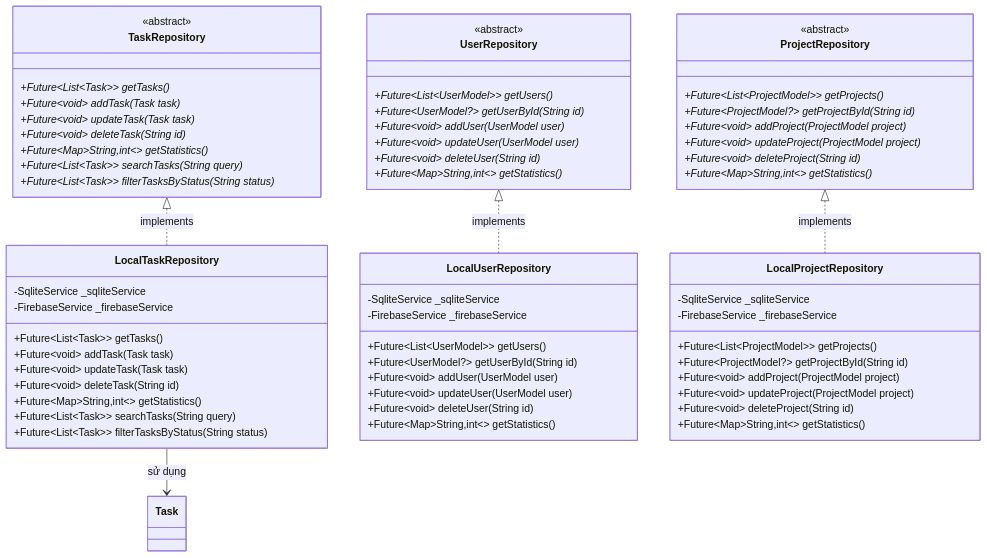
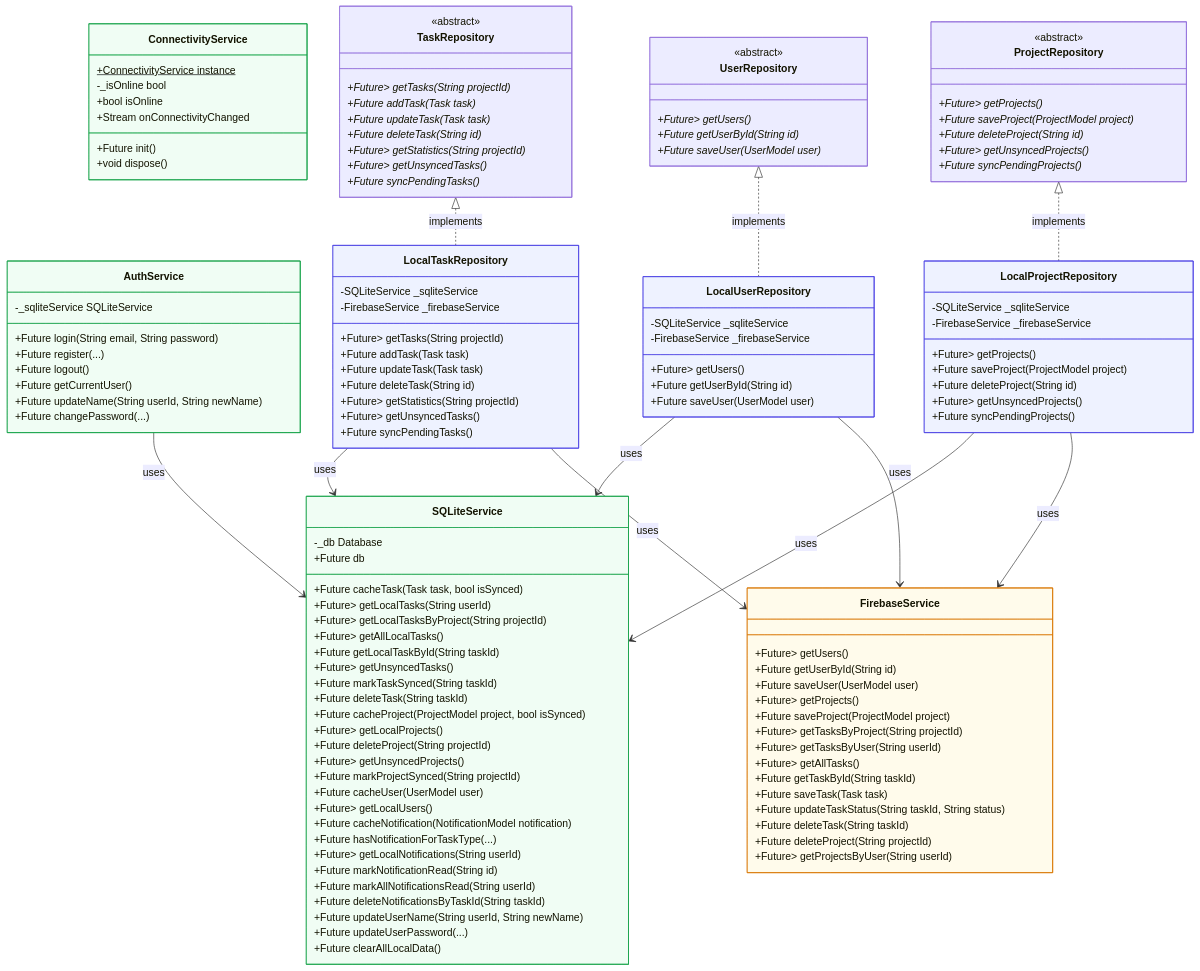
One commit to ttt-huong/TaskFlow_Huong_Thuong_Cuong_N03_1_2026 changed the third of 24 diagrams in docs/uml_va_luong_hoat_dong.md. Above: the diagram before and after it, drawn with Mermaid. The commit also changed other lines of this file and 3 other files, not shown here.

Commit message:
docs: redesign UML diagrams and add final course reports

````diff
--- a/docs/uml_va_luong_hoat_dong.md
+++ b/docs/uml_va_luong_hoat_dong.md
@@ -84,74 +119,144 @@
 ```mermaid
 classDiagram
+    class SQLiteService {
+        -_db Database
+        +Future<Database> db
+        +Future<void> cacheTask(Task task, bool isSynced)
+        +Future<List<Task>> getLocalTasks(String userId)
+        +Future<List<Task>> getLocalTasksByProject(String projectId)
+        +Future<List<Task>> getAllLocalTasks()
+        +Future<Task?> getLocalTaskById(String taskId)
+        +Future<List<Task>> getUnsyncedTasks()
+        +Future<void> markTaskSynced(String taskId)
+        +Future<void> deleteTask(String taskId)
+        +Future<void> cacheProject(ProjectModel project, bool isSynced)
+        +Future<List<ProjectModel>> getLocalProjects()
+        +Future<void> deleteProject(String projectId)
+        +Future<List<ProjectModel>> getUnsyncedProjects()
+        +Future<void> markProjectSynced(String projectId)
+        +Future<void> cacheUser(UserModel user)
+        +Future<List<UserModel>> getLocalUsers()
+        +Future<void> cacheNotification(NotificationModel notification)
+        +Future<bool> hasNotificationForTaskType(...)
+        +Future<List<NotificationModel>> getLocalNotifications(String userId)
+        +Future<void> markNotificationRead(String id)
+        +Future<void> markAllNotificationsRead(String userId)
+        +Future<void> deleteNotificationsByTaskId(String taskId)
+        +Future<void> updateUserName(String userId, String newName)
+        +Future<void> updateUserPassword(...)
+        +Future<void> clearAllLocalData()
+    }
+
+    class FirebaseService {
+        +Future<List<UserModel>> getUsers()
+        +Future<UserModel?> getUserById(String id)
+        +Future<void> saveUser(UserModel user)
+        +Future<List<ProjectModel>> getProjects()
+        +Future<void> saveProject(ProjectModel project)
+        +Future<List<Task>> getTasksByProject(String projectId)
+        +Future<List<Task>> getTasksByUser(String userId)
+        +Future<List<Task>> getAllTasks()
+        +Future<Task?> getTaskById(String taskId)
+        +Future<void> saveTask(Task task)
+        +Future<void> updateTaskStatus(String taskId, String status)
+        +Future<void> deleteTask(String taskId)
+        +Future<void> deleteProject(String projectId)
+        +Future<List<ProjectModel>> getProjectsByUser(String userId)
+    }
+
+    class AuthService {
+        -_sqliteService SQLiteService
+        +Future<UserModel?> login(String email, String password)
+        +Future<UserModel> register(...)
+        +Future<void> logout()
+        +Future<UserModel?> getCurrentUser()
+        +Future<bool> updateName(String userId, String newName)
+        +Future<bool_message> changePassword(...)
+    }
+
+    class ConnectivityService {
+        +ConnectivityService instance$
+        -_isOnline bool
+        +bool isOnline
+        +Stream<bool> onConnectivityChanged
+        +Future<void> init()
+        +void dispose()
+    }
+
     class TaskRepository {
         <<abstract>>
-        +Future~List~Task~~ getTasks()*
-        +Future~void~ addTask(Task task)*
-        +Future~void~ updateTask(Task task)*
-        +Future~void~ deleteTask(String id)*
-        +Future~Map~String,int~~ getStatistics()*
-        +Future~List~Task~~ searchTasks(String query)*
-        +Future~List~Task~~ filterTasksByStatus(String status)*
+        +Future<List<Task>> getTasks(String projectId)*
+        +Future<void> addTask(Task task)*
+        +Future<void> updateTask(Task task)*
+        +Future<void> deleteTask(String id)*
+        +Future<Map<String, int>> getStatistics(String projectId)*
+        +Future<List<Task>> getUnsyncedTasks()*
+        +Future<void> syncPendingTasks()*
     }
 
     class LocalTaskRepository {
-        -SqliteService _sqliteService
+        -SQLiteService _sqliteService
         -FirebaseService _firebaseService
-        +Future~List~Task~~ getTasks()
-        +Future~void~ addTask(Task task)
-        +Future~void~ updateTask(Task task)
-        +Future~void~ deleteTask(String id)
-        +Future~Map~String,int~~ getStatistics()
-        +Future~List~Task~~ searchTasks(String query)
-        +Future~List~Task~~ filterTasksByStatus(String status)
+        +Future<List<Task>> getTasks(String projectId)
+        +Future<void> addTask(Task task)
+        +Future<void> updateTask(Task task)
+        +Future<void> deleteTask(String id)
+        +Future<Map<String, int>> getStatistics(String projectId)
+        +Future<List<Task>> getUnsyncedTasks()
+        +Future<void> syncPendingTasks()
+    }
+
+    class UserRepository {
+        <<abstract>>
+        +Future<List<UserModel>> getUsers()*
+        +Future<UserModel?> getUserById(String id)*
+        +Future<void> saveUser(UserModel user)*
+    }
+
+    class LocalUserRepository {
+        -SQLiteService _sqliteService
+        -FirebaseService _firebaseService
+        +Future<List<UserModel>> getUsers()
+        +Future<UserModel?> getUserById(String id)
+        +Future<void> saveUser(UserModel user)
+    }
+
+    class ProjectRepository {
+        <<abstract>>
+        +Future<List<ProjectModel>> getProjects()*
+        +Future<void> saveProject(ProjectModel project)*
+        +Future<void> deleteProject(String id)*
+        +Future<List<ProjectModel>> getUnsyncedProjects()*
+        +Future<void> syncPendingProjects()*
+    }
+
+    class LocalProjectRepository {
+        -SQLiteService _sqliteService
+        -FirebaseService _firebaseService
+        +Future<List<ProjectModel>> getProjects()
+        +Future<void> saveProject(ProjectModel project)
+        +Future<void> deleteProject(String id)
+        +Future<List<ProjectModel>> getUnsyncedProjects()
+        +Future<void> syncPendingProjects()
     }
 
     TaskRepository <|.. LocalTaskRepository : implements
-    LocalTaskRepository --> Task : sử dụng
+    UserRepository <|.. LocalUserRepository : implements
+    ProjectRepository <|.. LocalProjectRepository : implements
 
-    class UserRepository {
-        <<abstract>>
-        +Future~List~UserModel~~ getUsers()*
-        +Future~UserModel?~ getUserById(String id)*
-        +Future~void~ addUser(UserModel user)*
-        +Future~void~ updateUser(UserModel user)*
-        +Future~void~ deleteUser(String id)*
-        +Future~Map~String,int~~ getStatistics()*
-    }
+    LocalTaskRepository --> SQLiteService : uses
+    LocalTaskRepository --> FirebaseService : uses
+    LocalUserRepository --> SQLiteService : uses
+    LocalUserRepository --> FirebaseService : uses
+    LocalProjectRepository --> SQLiteService : uses
+    LocalProjectRepository --> FirebaseService : uses
+    AuthService --> SQLiteService : uses
 
-    class LocalUserRepository {
-        -SqliteService _sqliteService
-        -FirebaseService _firebaseService
-        +Future~List~UserModel~~ getUsers()
-        +Future~UserModel?~ getUserById(String id)
-        +Future~void~ addUser(UserModel user)
-        +Future~void~ updateUser(UserModel user)
-        +Future~void~ deleteUser(String id)
-        +Future~Map~String,int~~ getStatistics()
-    }
-
-    UserRepository <|.. LocalUserRepository : implements
-
-    class ProjectRepository {
-        <<abstract>>
-        +Future~List~ProjectModel~~ getProjects()*
-        +Future~ProjectModel?~ getProjectById(String id)*
-        +Future~void~ addProject(ProjectModel project)*
-        +Future~void~ updateProject(ProjectModel project)*
-        +Future~void~ deleteProject(String id)*
-        +Future~Map~String,int~~ getStatistics()*
-    }
-
-    class LocalProjectRepository {
-        -SqliteService _sqliteService
-        -FirebaseService _firebaseService
-        +Future~List~ProjectModel~~ getProjects()
-        +Future~ProjectModel?~ getProjectById(String id)
-        +Future~void~ addProject(ProjectModel project)
-        +Future~void~ updateProject(ProjectModel project)
-        +Future~void~ deleteProject(String id)
-        +Future~Map~String,int~~ getStatistics()
-    }
-
-    ProjectRepository <|.. LocalProjectRepository : implements
+    style SQLiteService fill:#f0fdf4,stroke:#16a34a
+    style FirebaseService fill:#fffbeb,stroke:#d97706
+    style AuthService fill:#f0fdf4,stroke:#16a34a
+    style ConnectivityService fill:#f0fdf4,stroke:#16a34a
+    style LocalTaskRepository fill:#eef2ff,stroke:#4f46e5
+    style LocalUserRepository fill:#eef2ff,stroke:#4f46e5
+    style LocalProjectRepository fill:#eef2ff,stroke:#4f46e5
 ```
````
